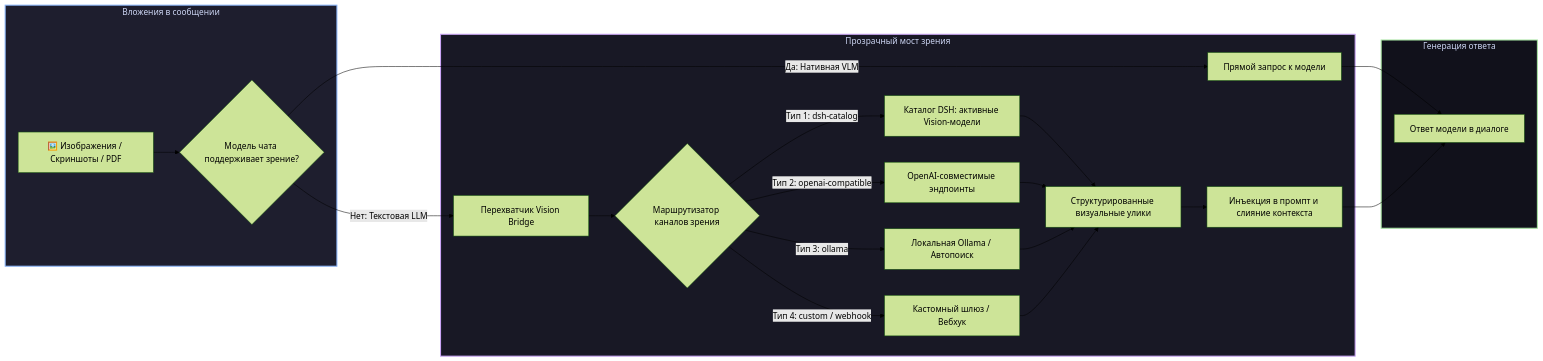
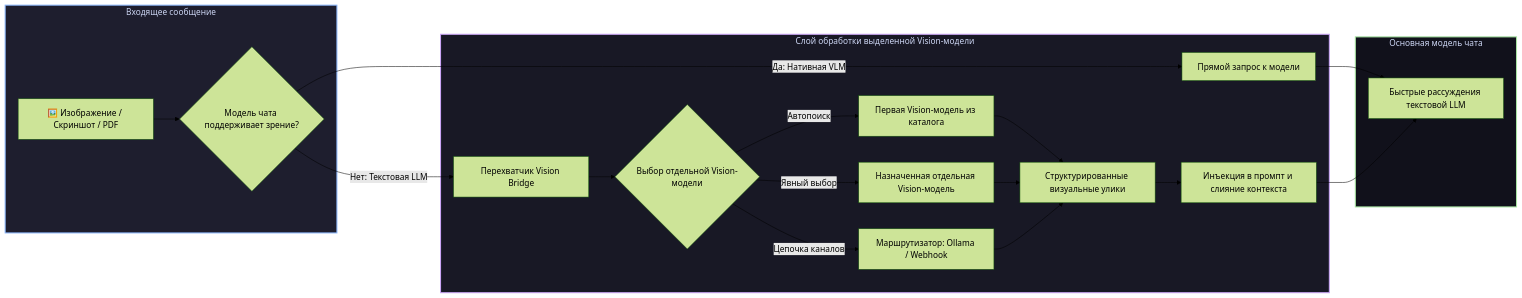
The diagram in README.ru.md (GooDAnDReaDY/dsh-vision-bridge), drawn with Mermaid (forest theme) before and after one commit. The commit also changed other lines of this file and 2 other files, not shown here.

Commit message:
docs: add dedicated vision model selection and operating modes section to dsh-vision-bridge

````diff
--- a/README.ru.md
+++ b/README.ru.md
@@ -32,30 +33,28 @@
 ```mermaid
 graph LR
-    subgraph Input [Вложения в сообщении]
-        Attach[🖼️ Изображения / Скриншоты / PDF] --> Check{Модель чата поддерживает зрение?}
+    subgraph UserTurn [Входящее сообщение]
+        Attach[🖼️ Изображение / Скриншот / PDF] --> Check{Модель чата поддерживает зрение?}
     end
 
-    subgraph Transparent [Прозрачный мост зрения]
+    subgraph DedicatedVision [Слой обработки выделенной Vision-модели]
         Check -->|Да: Нативная VLM| Pass[Прямой запрос к модели]
         Check -->|Нет: Текстовая LLM| Interceptor[Перехватчик Vision Bridge]
-        Interceptor --> VisionRouter{Маршрутизатор каналов зрения}
-        VisionRouter -->|Тип 1: dsh-catalog| C1[Каталог DSH: активные Vision-модели]
-        VisionRouter -->|Тип 2: openai-compatible| C2[OpenAI-совместимые эндпоинты]
-        VisionRouter -->|Тип 3: ollama| C3[Локальная Ollama / Автопоиск]
-        VisionRouter -->|Тип 4: custom / webhook| C4[Кастомный шлюз / Вебхук]
-        C1 --> Structured[Структурированные визуальные улики]
-        C2 --> Structured
-        C3 --> Structured
-        C4 --> Structured
+        Interceptor --> Pick{Выбор отдельной Vision-модели}
+        Pick -->|Автопоиск| AutoVLM[Первая Vision-модель из каталога]
+        Pick -->|Явный выбор| UserVLM[Назначенная отдельная Vision-модель]
+        Pick -->|Цепочка каналов| Channels[Маршрутизатор: Ollama / Webhook]
+        AutoVLM --> Structured[Структурированные визуальные улики]
+        UserVLM --> Structured
+        Channels --> Structured
         Structured --> Fuse[Инъекция в промпт и слияние контекста]
     end
 
-    subgraph Execution [Генерация ответа]
-        Pass --> LLM[Ответ модели в диалоге]
+    subgraph ChatLLM [Основная модель чата]
+        Pass --> LLM[Быстрые рассуждения текстовой LLM]
         Fuse --> LLM
     end
 
-    style Input fill:#1e1e2e,stroke:#89b4fa,stroke-width:2px,color:#cdd6f4
-    style Transparent fill:#181825,stroke:#cba6f7,stroke-width:2px,color:#cdd6f4
-    style Execution fill:#11111b,stroke:#a6e3a1,stroke-width:2px,color:#cdd6f4
+    style UserTurn fill:#1e1e2e,stroke:#89b4fa,stroke-width:2px,color:#cdd6f4
+    style DedicatedVision fill:#181825,stroke:#cba6f7,stroke-width:2px,color:#cdd6f4
+    style ChatLLM fill:#11111b,stroke:#a6e3a1,stroke-width:2px,color:#cdd6f4
 ```
````
